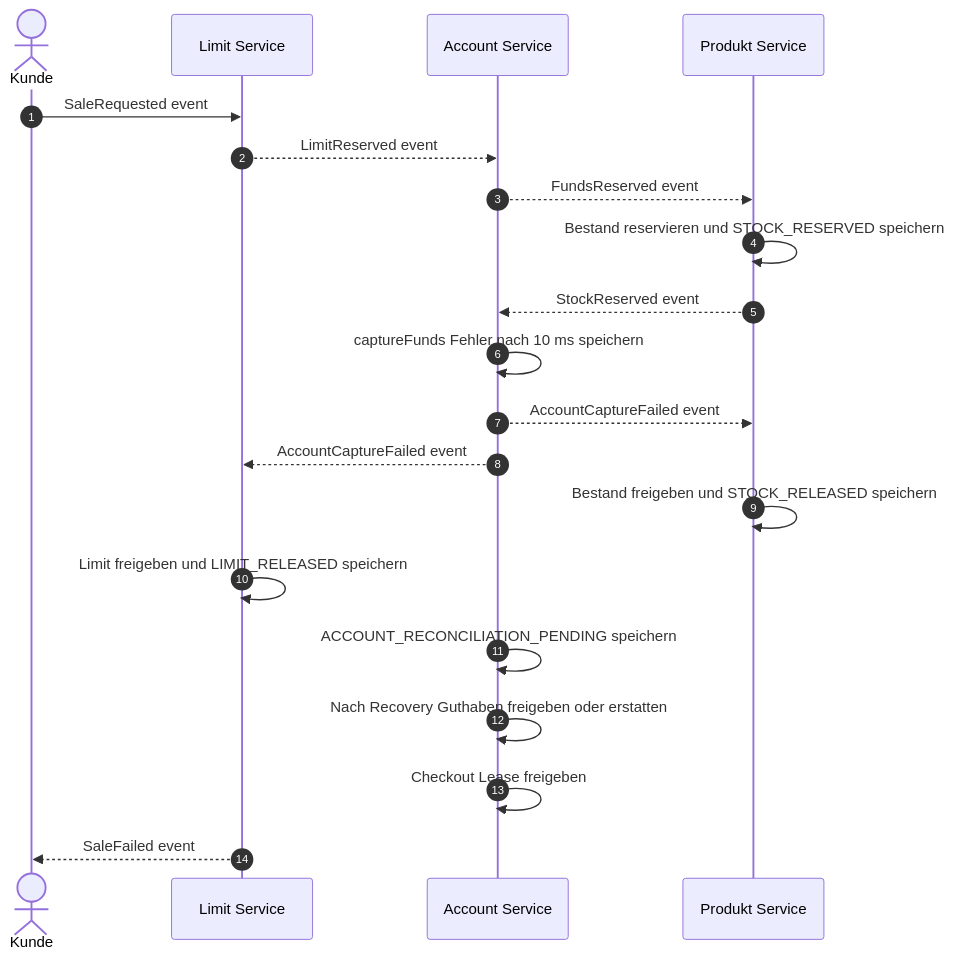
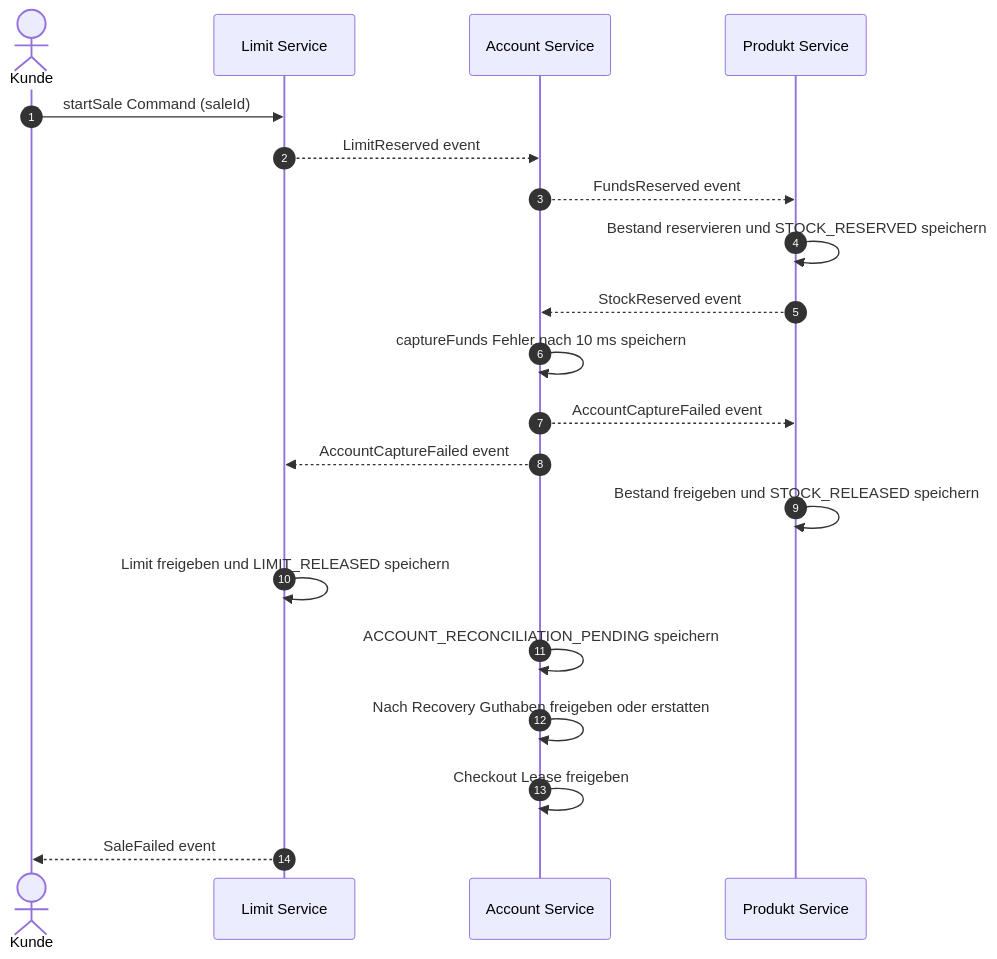
Before and after one commit to Adrian-Hansen-dev/second-hand-ticket-app: diagram 20 of 28 in abgabe_projekt_2.md, drawn with Mermaid. The commit also changed other lines of this file, not shown here.

````diff
--- a/abgabe_projekt_2.md
+++ b/abgabe_projekt_2.md
@@ -587,23 +614,23 @@
 ```mermaid
 sequenceDiagram
     autonumber
     actor Kunde
     participant LS as Limit Service
     participant AS as Account Service
     participant PS as Produkt Service
 
-    Kunde->>LS: SaleRequested event
+    Kunde->>LS: startSale Command (saleId)
     LS-->>AS: LimitReserved event
     AS-->>PS: FundsReserved event
     PS->>PS: Bestand reservieren und STOCK_RESERVED speichern
     PS-->>AS: StockReserved event
     AS->>AS: captureFunds Fehler nach 10 ms speichern
     AS-->>PS: AccountCaptureFailed event
     AS-->>LS: AccountCaptureFailed event
     PS->>PS: Bestand freigeben und STOCK_RELEASED speichern
     LS->>LS: Limit freigeben und LIMIT_RELEASED speichern
     AS->>AS: ACCOUNT_RECONCILIATION_PENDING speichern
     AS->>AS: Nach Recovery Guthaben freigeben oder erstatten
     AS->>AS: Checkout Lease freigeben
     LS-->>Kunde: SaleFailed event
 ```
````
